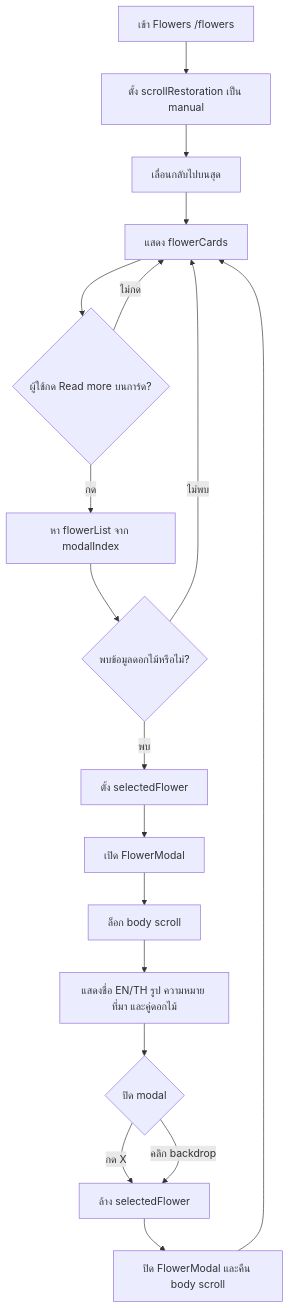
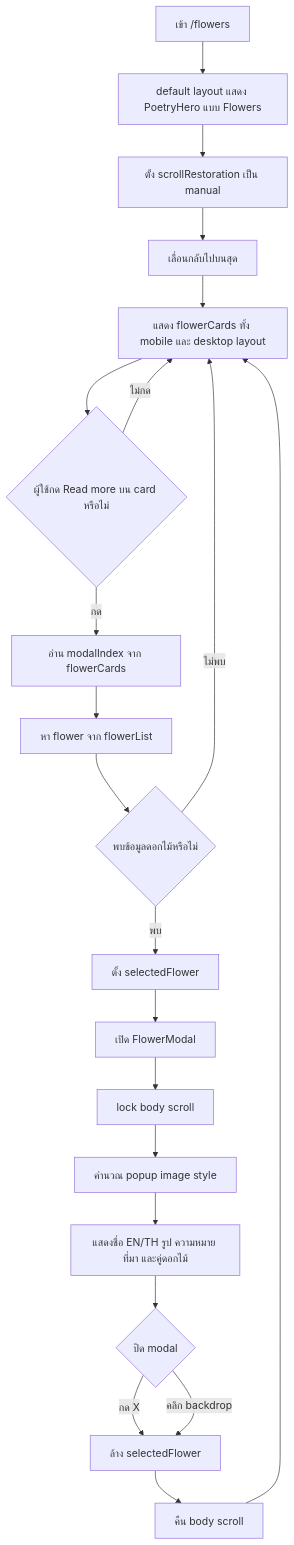
One commit to pawataven/the-sis-web changed the seventh of 15 diagrams in docs/flowcharts.md. Above: the diagram before and after it, drawn with Mermaid. The commit also changed other lines of this file and 10 other files, not shown here.

````diff
--- a/docs/flowcharts.md
+++ b/docs/flowcharts.md
@@ -108,22 +169,25 @@
 ```mermaid
 flowchart TD
-  A[เข้า Flowers /flowers] --> B[ตั้ง scrollRestoration เป็น manual]
-  B --> C[เลื่อนกลับไปบนสุด]
-  C --> D[แสดง flowerCards]
-  D --> E{ผู้ใช้กด Read more บนการ์ด?}
+  A["เข้า /flowers"] --> B["default layout แสดง PoetryHero แบบ Flowers"]
+  B --> C["ตั้ง scrollRestoration เป็น manual"]
+  C --> D["เลื่อนกลับไปบนสุด"]
+  D --> E["แสดง flowerCards ทั้ง mobile และ desktop layout"]
+  E --> F{"ผู้ใช้กด Read more บน card หรือไม่"}
 
-  E -- ไม่กด --> D
-  E -- กด --> F[หา flowerList จาก modalIndex]
-  F --> G{พบข้อมูลดอกไม้หรือไม่?}
-  G -- ไม่พบ --> D
-  G -- พบ --> H[ตั้ง selectedFlower]
-  H --> I[เปิด FlowerModal]
-  I --> J[ล็อก body scroll]
-  J --> K[แสดงชื่อ EN/TH รูป ความหมาย ที่มา และคู่ดอกไม้]
+  F -- "ไม่กด" --> E
+  F -- "กด" --> G["อ่าน modalIndex จาก flowerCards"]
+  G --> H["หา flower จาก flowerList"]
+  H --> I{"พบข้อมูลดอกไม้หรือไม่"}
+  I -- "ไม่พบ" --> E
+  I -- "พบ" --> J["ตั้ง selectedFlower"]
+  J --> K["เปิด FlowerModal"]
+  K --> L["lock body scroll"]
+  L --> M["คำนวณ popup image style"]
+  M --> N["แสดงชื่อ EN/TH รูป ความหมาย ที่มา และคู่ดอกไม้"]
 
-  K --> L{ปิด modal}
-  L -- กด X --> M[ล้าง selectedFlower]
-  L -- คลิก backdrop --> M
-  M --> N[ปิด FlowerModal และคืน body scroll]
-  N --> D
+  N --> O{"ปิด modal"}
+  O -- "กด X" --> P["ล้าง selectedFlower"]
+  O -- "คลิก backdrop" --> P
+  P --> Q["คืน body scroll"]
+  Q --> E
 ```
````
